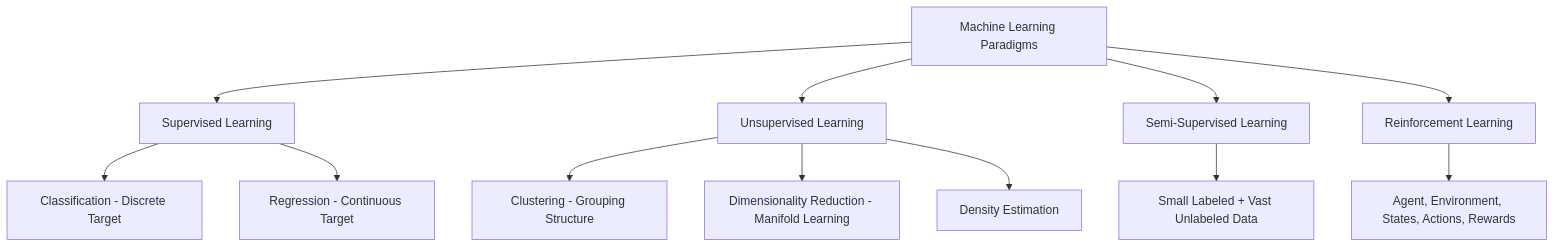
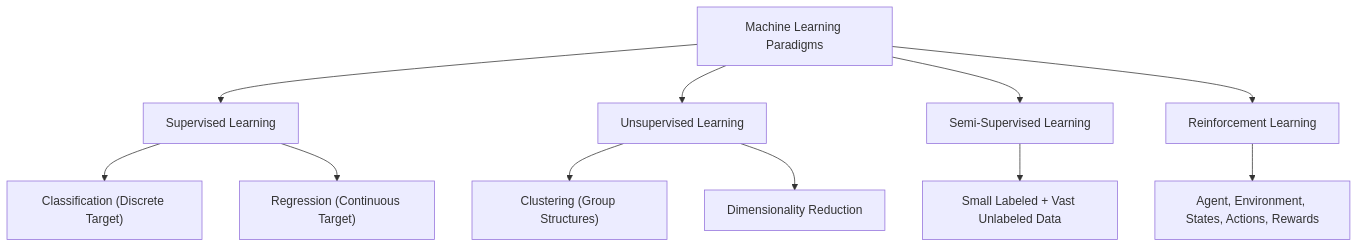
One commit to DeepLumiere/DeepSkills changed the third of 5 diagrams in notes/machine_learning/01_Intro_to_Machine_Learning.md. Above: the diagram before and after it, drawn with Mermaid. The commit also changed other lines of this file and 14 other files, not shown here.

Commit message:
Detail Full Stack notes and separate Machine Learning topics with solved numericals

````diff
--- a/notes/machine_learning/01_Intro_to_Machine_Learning.md
+++ b/notes/machine_learning/01_Intro_to_Machine_Learning.md
@@ -237,18 +84,17 @@
 ```mermaid
 flowchart TD
-    A[Machine Learning Paradigms] --> B[Supervised Learning]
-    A --> C[Unsupervised Learning]
-    A --> D[Semi-Supervised Learning]
-    A --> E[Reinforcement Learning]
+    A["Machine Learning Paradigms"] --> B["Supervised Learning"]
+    A --> C["Unsupervised Learning"]
+    A --> D["Semi-Supervised Learning"]
+    A --> E["Reinforcement Learning"]
     
-    B --> B1[Classification - Discrete Target]
-    B --> B2[Regression - Continuous Target]
+    B --> B1["Classification (Discrete Target)"]
+    B --> B2["Regression (Continuous Target)"]
     
-    C --> C1[Clustering - Grouping Structure]
-    C --> C2[Dimensionality Reduction - Manifold Learning]
-    C --> C3[Density Estimation]
+    C --> C1["Clustering (Group Structures)"]
+    C --> C2["Dimensionality Reduction"]
     
-    D --> D1[Small Labeled + Vast Unlabeled Data]
+    D --> D1["Small Labeled + Vast Unlabeled Data"]
     
-    E --> E1[Agent, Environment, States, Actions, Rewards]
+    E --> E1["Agent, Environment, States, Actions, Rewards"]
 ```
````
